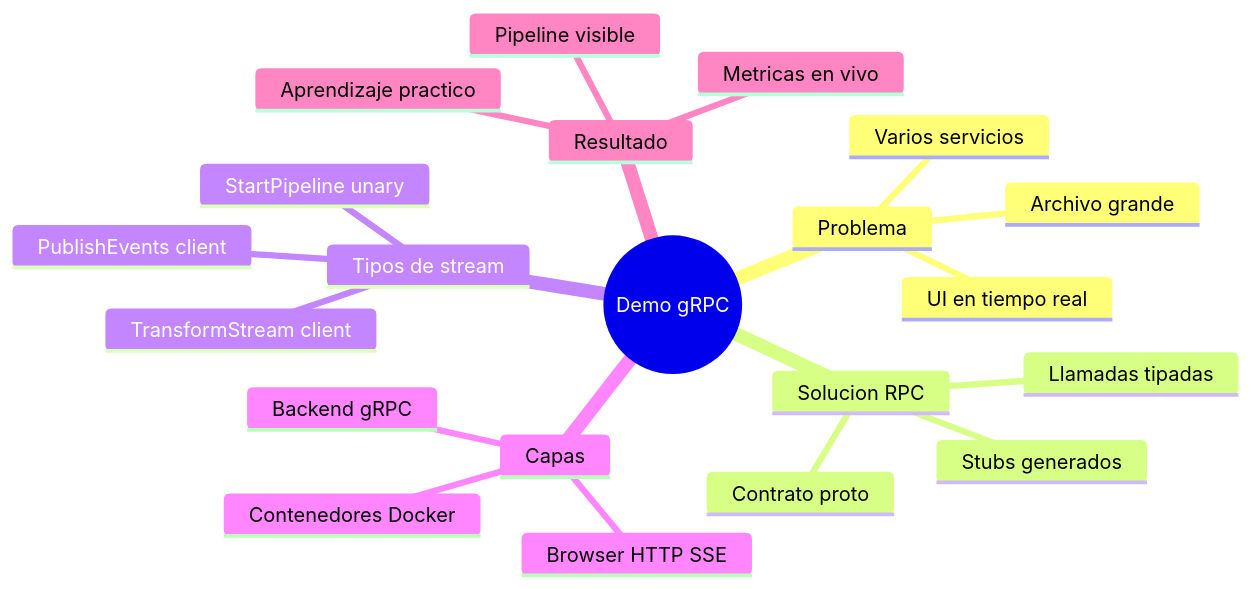
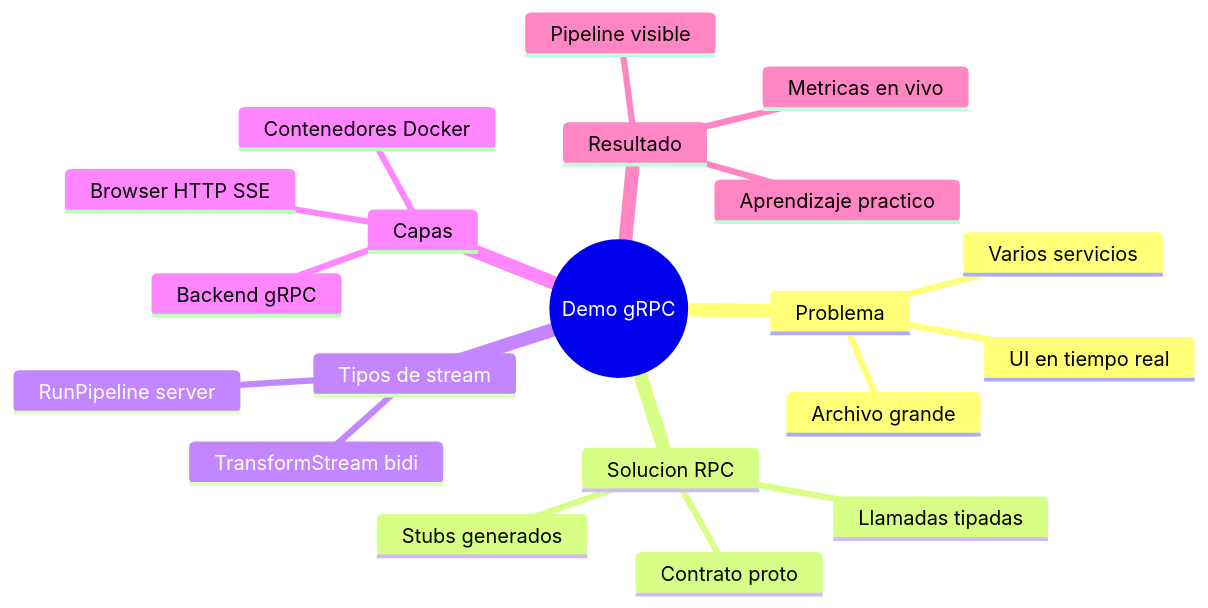
One commit to cccg8105/cccg_grpc_demo changed diagram 14 of 16 in docs/GUIA_DIDACTICA.md. Above: the diagram before and after it, drawn with Mermaid. The commit also changed other lines of this file and 46 other files, not shown here.

````diff
--- a/docs/GUIA_DIDACTICA.md
+++ b/docs/GUIA_DIDACTICA.md
@@ -510,24 +503,23 @@
 ```mermaid
 mindmap
   root((Demo gRPC))
     Problema
       Archivo grande
       Varios servicios
       UI en tiempo real
     Solucion RPC
       Contrato proto
       Stubs generados
       Llamadas tipadas
     Tipos de stream
-      StartPipeline unary
-      TransformStream client
-      PublishEvents client
+      RunPipeline server
+      TransformStream bidi
     Capas
       Browser HTTP SSE
       Backend gRPC
       Contenedores Docker
     Resultado
       Pipeline visible
       Metricas en vivo
       Aprendizaje practico
 ```
````
